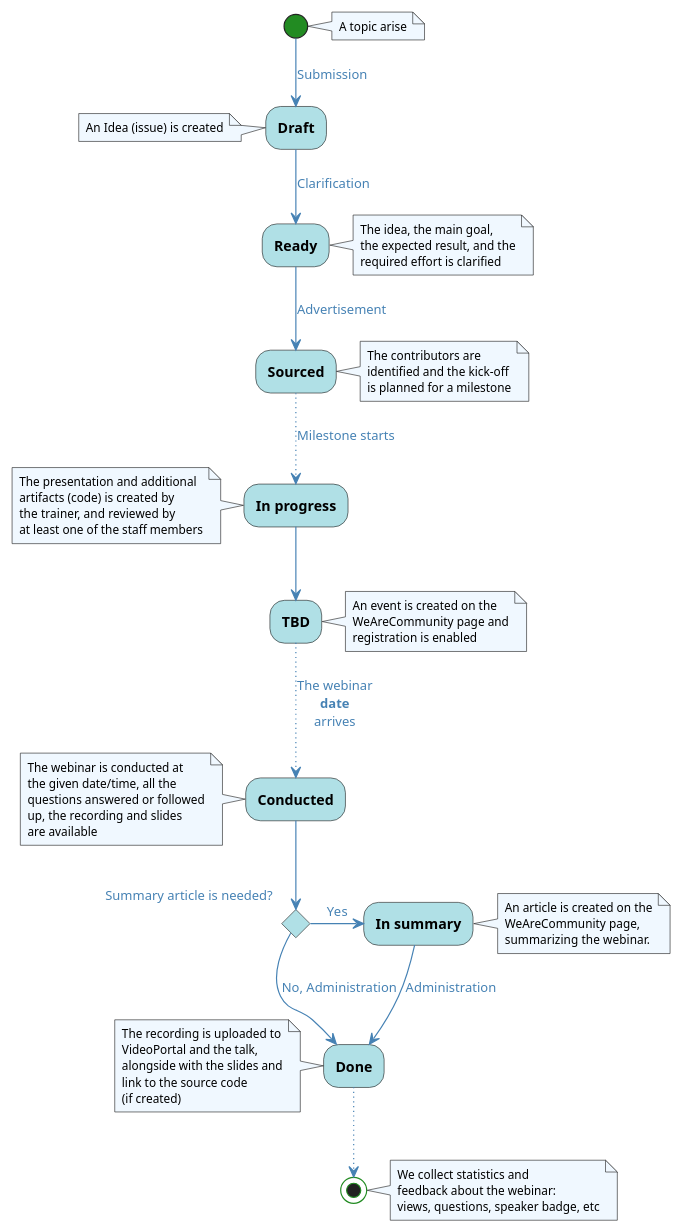
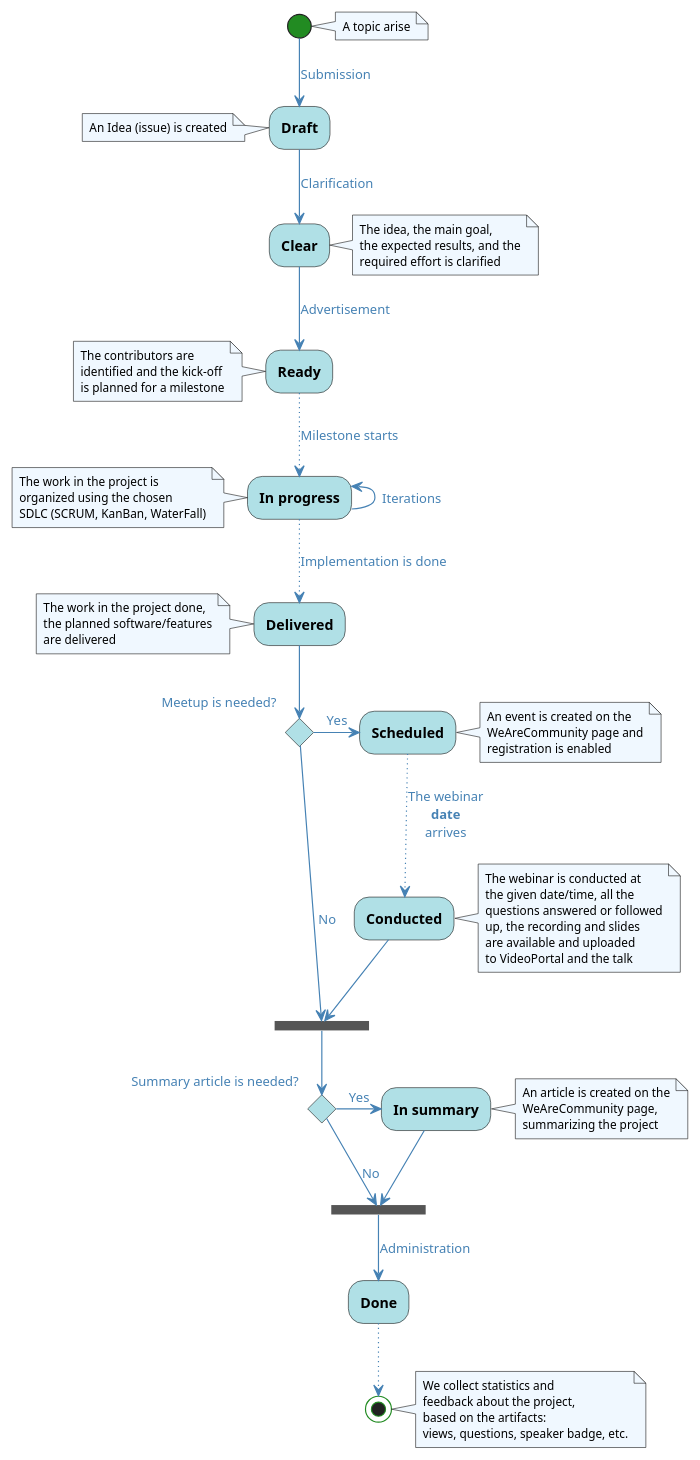
Before and after one commit to Idea-Pool/topics: the diagram in docs/uml/format_project.puml, drawn with PlantUML. The commit also changed 2 other files, not shown here.

Commit message:
Finalized project process

```diff
--- a/docs/uml/format_project.puml
+++ b/docs/uml/format_project.puml
@@ -1,88 +1,115 @@
 @startuml Project Format Process
 
 skinparam defaultFontName Ubuntu Light
 skinparam backgroundColor transparent
 
 skinparam activity {
     BackgroundColor PowderBlue
     StartColor ForestGreen
     EndColor ForestGreen
     FontStyle bold
 }
 
 skinparam arrow {
     Color SteelBlue
     FontColor SteelBlue
 }
 
 skinparam note {
     BackgroundColor AliceBlue
     FontSize 10
 }
 
 note right
     A topic arise
 end note
+
 (*) -->[Submission] Draft
+
 note left
     An Idea (issue) is created
 end note
--->[Clarification] Ready
+
+-->[Clarification] Clear
+
 note right
     The idea, the main goal,
-    the expected result, and the
+    the expected results, and the
     required effort is clarified
 end note
--->[Advertisement] Sourced
-note right
+
+-->[Advertisement] Ready
+
+note left
     The contributors are
     identified and the kick-off
     is planned for a milestone
 end note
+
 ..>[Milestone starts] In progress
+-left->[Iterations] In progress
+
 note left
-    The presentation and additional
-    artifacts (code) is created by
-    the trainer, and reviewed by
-    at least one of the staff members
+    The work in the project is
+    organized using the chosen
+    SDLC (SCRUM, KanBan, WaterFall)
 end note
---> TBD
-note right
-    An event is created on the
-    WeAreCommunity page and
-    registration is enabled
+
+..>[Implementation is done] Delivered
+
+note left
+    The work in the project done,
+    the planned software/features
+    are delivered
 end note
-..>[The webinar\n**date**\narrives] Conducted
-note left
-    The webinar is conducted at
-    the given date/time, all the
-    questions answered or followed
-    up, the recording and slides
-    are available
-end note
+
+if "Meetup is needed?" then
+    -right->[Yes] Scheduled
+
+    note right
+        An event is created on the
+        WeAreCommunity page and
+        registration is enabled
+    end note
+
+    ..>[The webinar\n**date**\narrives] Conducted
+
+    note right
+        The webinar is conducted at
+        the given date/time, all the
+        questions answered or followed
+        up, the recording and slides
+        are available and uploaded
+        to VideoPortal and the talk
+    end note
+
+    --> === B1 ===
+else
+    -->[No] === B1 ===
+endif
+
 if "Summary article is needed?" then
     -right->[Yes] In summary
+
     note right
         An article is created on the
         WeAreCommunity page,
-        summarizing the webinar.
+        summarizing the project
     end note
-    -->[Administration] Done
+
+    --> === B2 ===
 else
-    -->[No, Administration] Done
+    -->[No] === B2 ===
 endif
-note left
-    The recording is uploaded to
-    VideoPortal and the talk,
-    alongside with the slides and
-    link to the source code
-    (if created)
-end note
+
+-->[Administration] Done
 ..> (*)
+
 note right
     We collect statistics and
-    feedback about the webinar:
-    views, questions, speaker badge, etc
+    feedback about the project,
+    based on the artifacts:
+    views, questions, speaker badge, etc.
 end note
 
 @enduml
```
